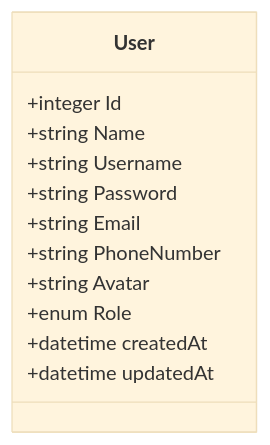
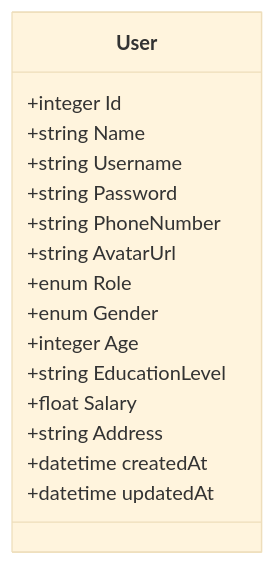
The third of 7 diagrams in .qoder/repowiki/en/content/Database Design/User Model.md (Mreng78/khirocom_project), drawn with Mermaid (base theme) before and after one commit. The commit also changed other lines of this file and 13 other files, not shown here.

````diff
--- a/.qoder/repowiki/en/content/Database Design/User Model.md
+++ b/.qoder/repowiki/en/content/Database Design/User Model.md
@@ -194,15 +207,19 @@
 ```mermaid
 classDiagram
 class User {
 +integer Id
 +string Name
 +string Username
 +string Password
-+string Email
 +string PhoneNumber
-+string Avatar
++string AvatarUrl
 +enum Role
++enum Gender
++integer Age
++string EducationLevel
++float Salary
++string Address
 +datetime createdAt
 +datetime updatedAt
 }
 ```
````
